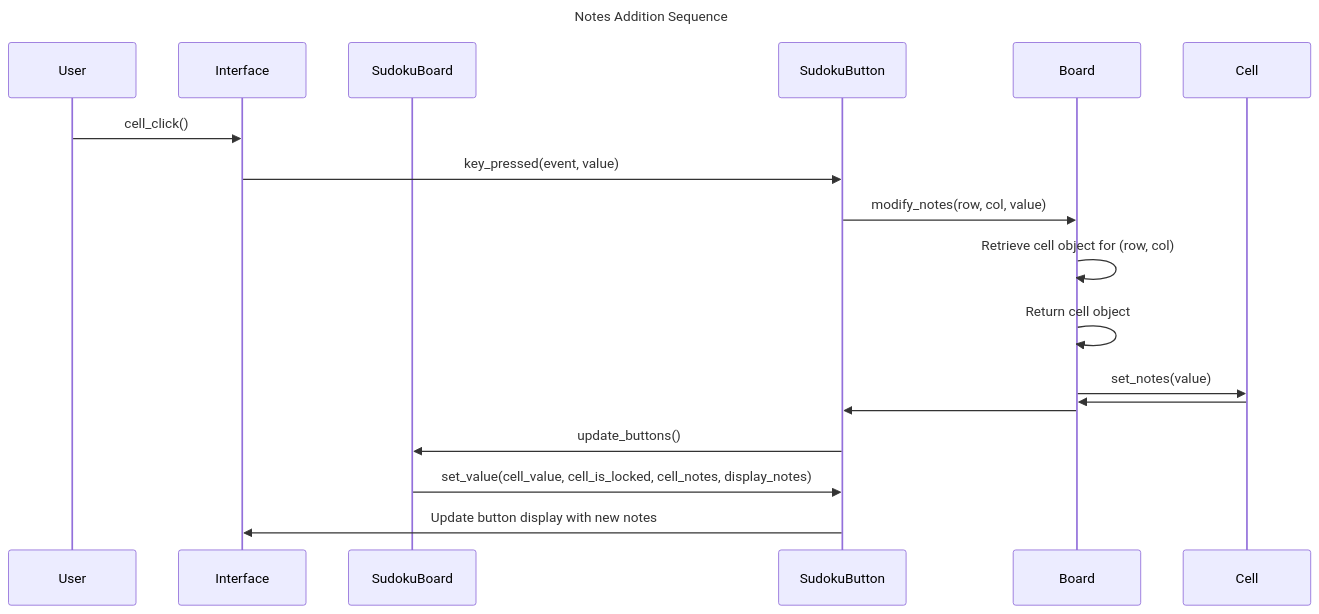
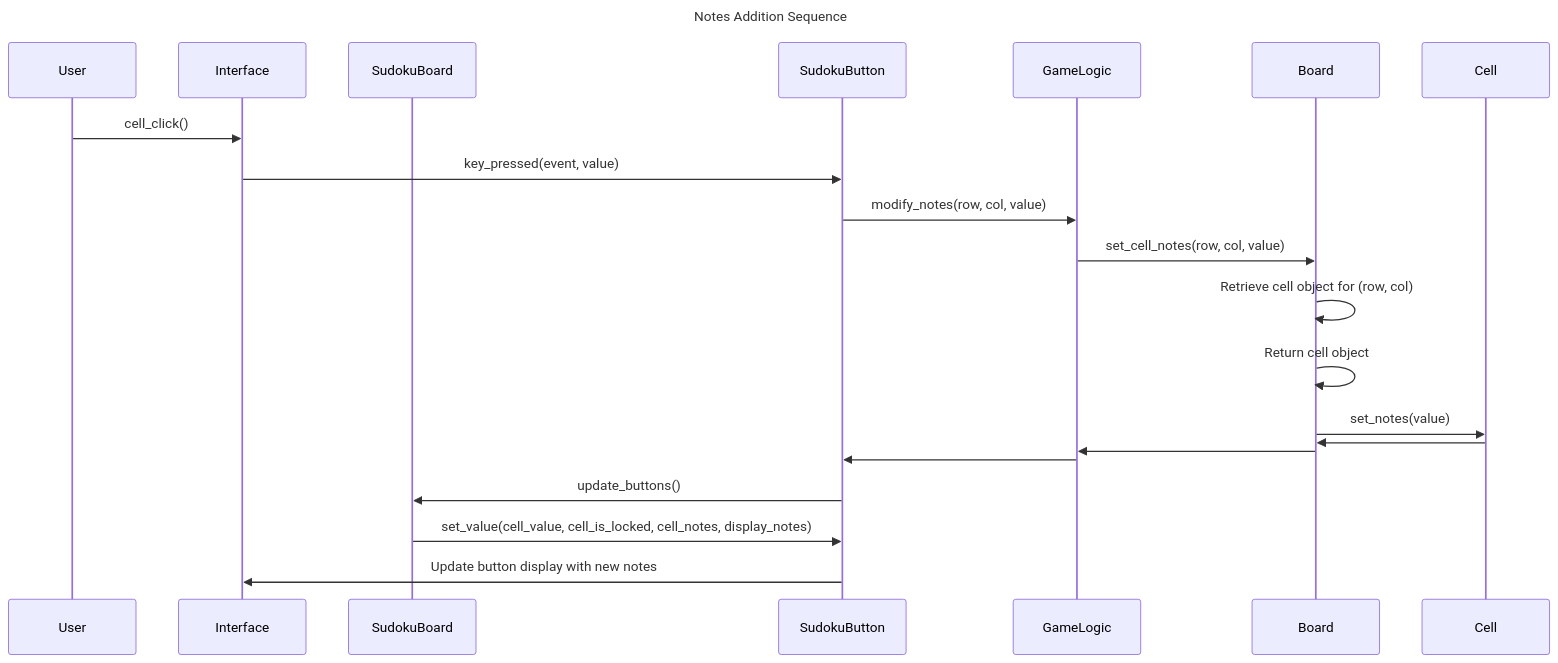
Before and after one commit to lsommarberg/ot-harjoitustyo: the third of 3 diagrams in documents/arkkitehtuuri.md, drawn with Mermaid. The commit also changed other lines of this file and 19 other files, not shown here.

````diff
--- a/documents/arkkitehtuuri.md
+++ b/documents/arkkitehtuuri.md
@@ -70,23 +151,26 @@
 ```mermaid
 sequenceDiagram
     title: Notes Addition Sequence
     participant User
     participant Interface
     participant SudokuBoard
     participant SudokuButton
+    participant GameLogic
     participant Board
     participant Cell
 
     User->>Interface: cell_click()
     Interface->>SudokuButton: key_pressed(event, value)
-    SudokuButton->>Board: modify_notes(row, col, value)
+    SudokuButton->>GameLogic: modify_notes(row, col, value)
+    GameLogic->>Board: set_cell_notes(row, col, value)
     Board->>Board: Retrieve cell object for (row, col)
     Board->>Board: Return cell object
     Board->>Cell: set_notes(value)
     Cell->>Board: 
-    Board->>SudokuButton: 
+    Board->>GameLogic: 
+    GameLogic->>SudokuButton: 
     SudokuButton->>SudokuBoard: update_buttons()
     SudokuBoard->>SudokuButton: set_value(cell_value, cell_is_locked, cell_notes, display_notes)
     SudokuButton->>Interface: Update button display with new notes
 
 ```
````
